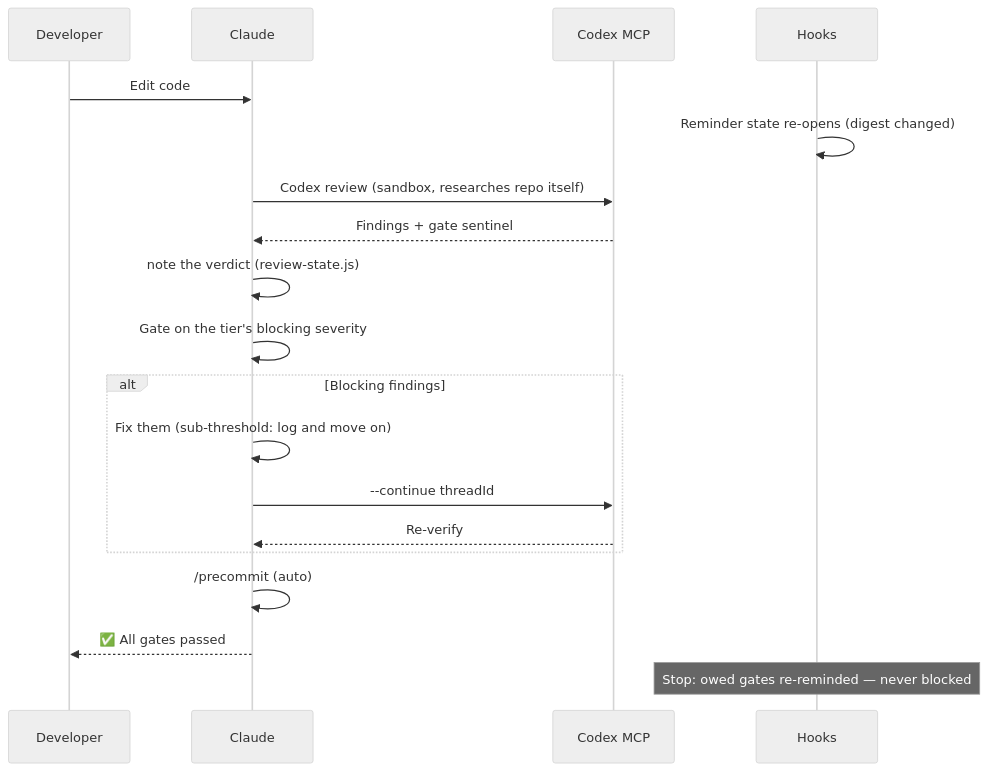
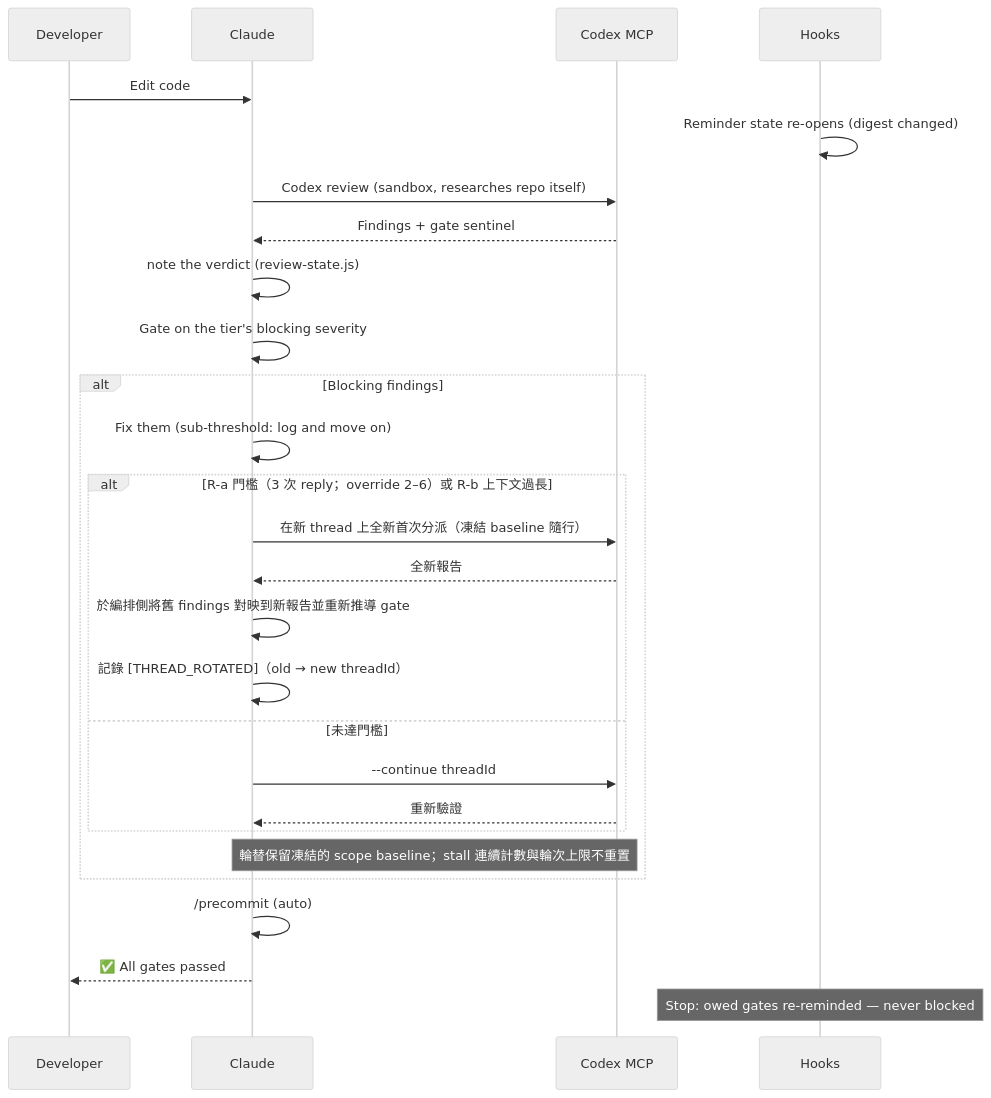
One commit to sd0xdev/sd0x-dev-flow changed the second of 3 diagrams in README.zh-TW.md. Above: the diagram before and after it, drawn with Mermaid (neutral theme). The commit also changed other lines of this file and 5 other files, not shown here.

````diff
--- a/README.zh-TW.md
+++ b/README.zh-TW.md
@@ -133,25 +133,33 @@
 ```mermaid
 sequenceDiagram
     participant D as Developer
     participant C as Claude
     participant X as Codex MCP
     participant H as Hooks
 
     D->>C: Edit code
     H->>H: Reminder state re-opens (digest changed)
     C->>X: Codex review (sandbox, researches repo itself)
     X-->>C: Findings + gate sentinel
     C->>C: note the verdict (review-state.js)
     C->>C: Gate on the tier's blocking severity
 
     alt Blocking findings
         C->>C: Fix them (sub-threshold: log and move on)
-        C->>X: --continue threadId
-        X-->>C: Re-verify
+        alt R-a 門檻（3 次 reply；override 2–6）或 R-b 上下文過長
+            C->>X: 在新 thread 上全新首次分派（凍結 baseline 隨行）
+            X-->>C: 全新報告
+            C->>C: 於編排側將舊 findings 對映到新報告並重新推導 gate
+            C->>C: 記錄 [THREAD_ROTATED]（old → new threadId）
+        else 未達門檻
+            C->>X: --continue threadId
+            X-->>C: 重新驗證
+        end
+        Note over C,X: 輪替保留凍結的 scope baseline；stall 連續計數與輪次上限不重置
     end
 
     C->>C: /precommit (auto)
     C-->>D: ✅ All gates passed
 
     Note over H: Stop: owed gates re-reminded — never blocked
 ```
````
